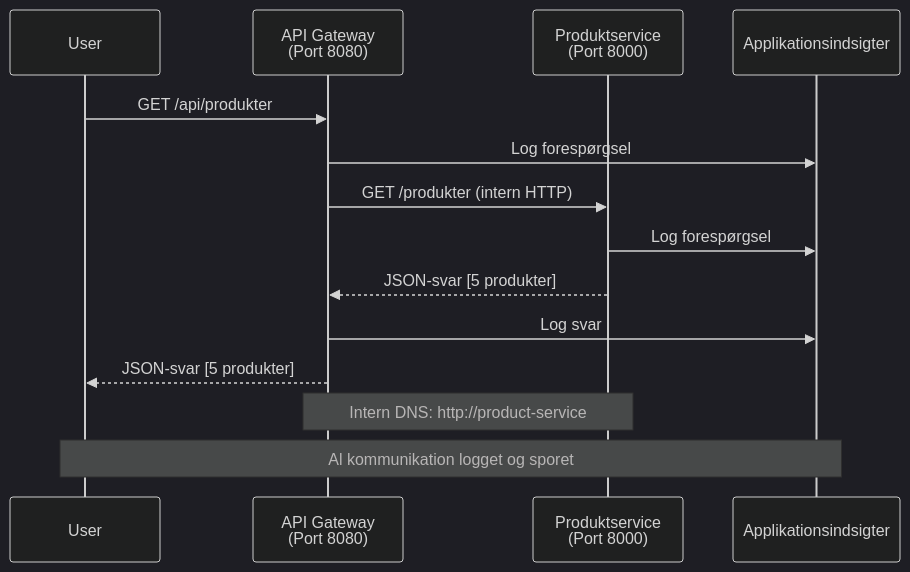
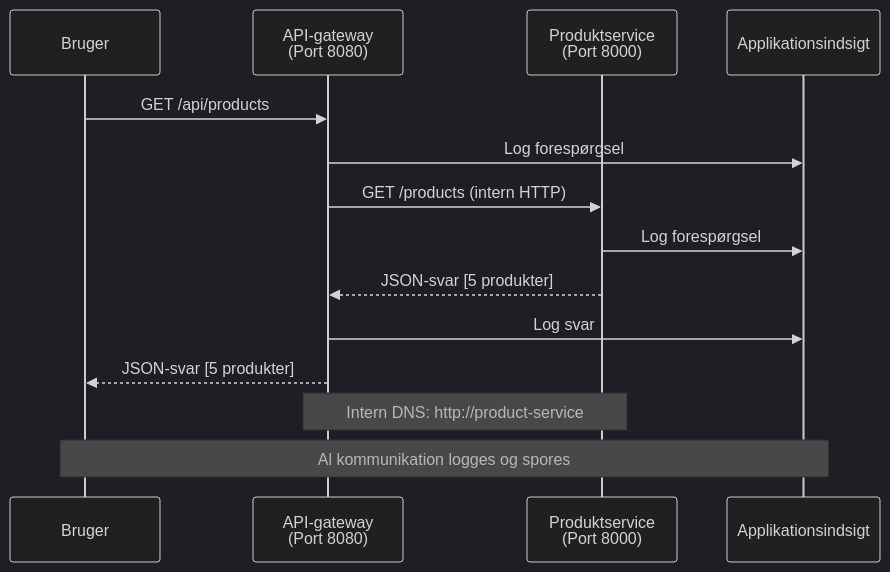
One commit to microsoft/AZD-for-beginners changed the fourth of 4 diagrams in translations/da/examples/microservices/README.md. Above: the diagram before and after it, drawn with Mermaid (dark theme). The commit also changed other lines of this file and 242 other files, not shown here.

````diff
--- a/translations/da/examples/microservices/README.md
+++ b/translations/da/examples/microservices/README.md
@@ -432,18 +423,18 @@
 ```mermaid
 sequenceDiagram
-    participant User
-    participant Gateway as API Gateway<br/>(Port 8080)
+    participant User as Bruger
+    participant Gateway as API-gateway<br/>(Port 8080)
     participant Product as Produktservice<br/>(Port 8000)
-    participant AI as Applikationsindsigter
+    participant AI as Applikationsindsigt
     
-    User->>Gateway: GET /api/produkter
+    User->>Gateway: GET /api/products
     Gateway->>AI: Log forespørgsel
-    Gateway->>Product: GET /produkter (intern HTTP)
+    Gateway->>Product: GET /products (intern HTTP)
     Product->>AI: Log forespørgsel
     Product-->>Gateway: JSON-svar [5 produkter]
     Gateway->>AI: Log svar
     Gateway-->>User: JSON-svar [5 produkter]
     
     Note over Gateway,Product: Intern DNS: http://product-service
-    Note over User,AI: Al kommunikation logget og sporet
+    Note over User,AI: Al kommunikation logges og spores
 ```
````
